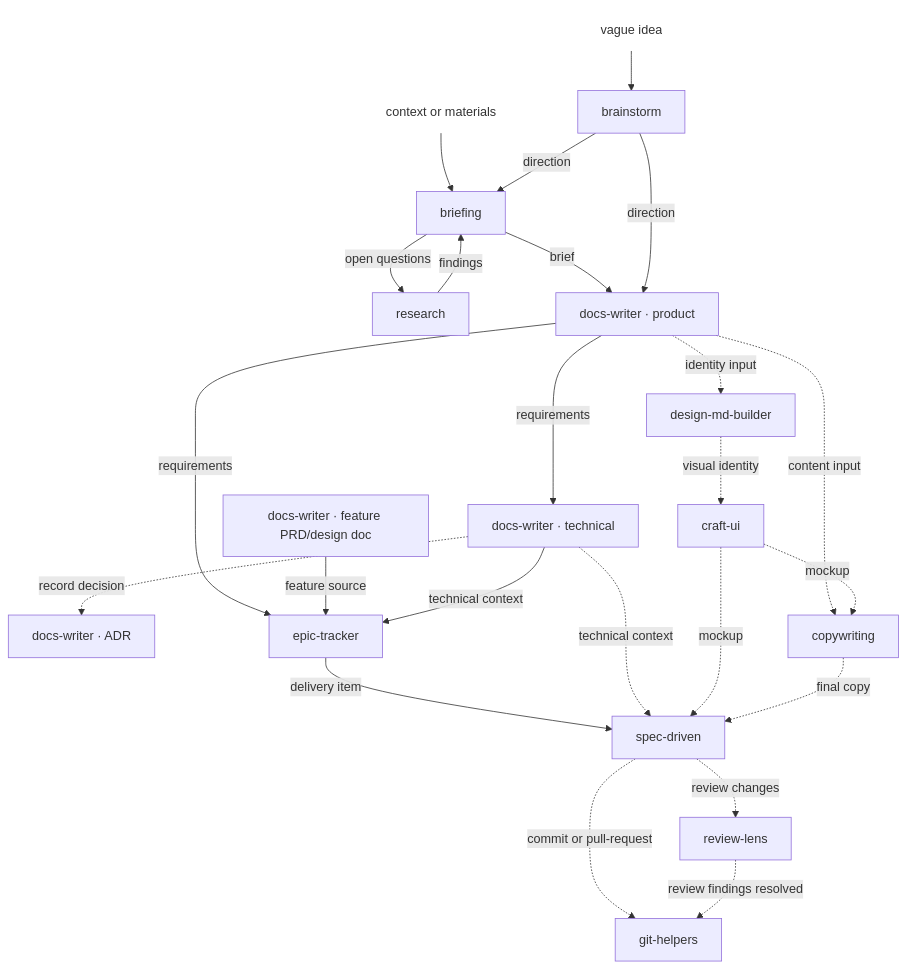
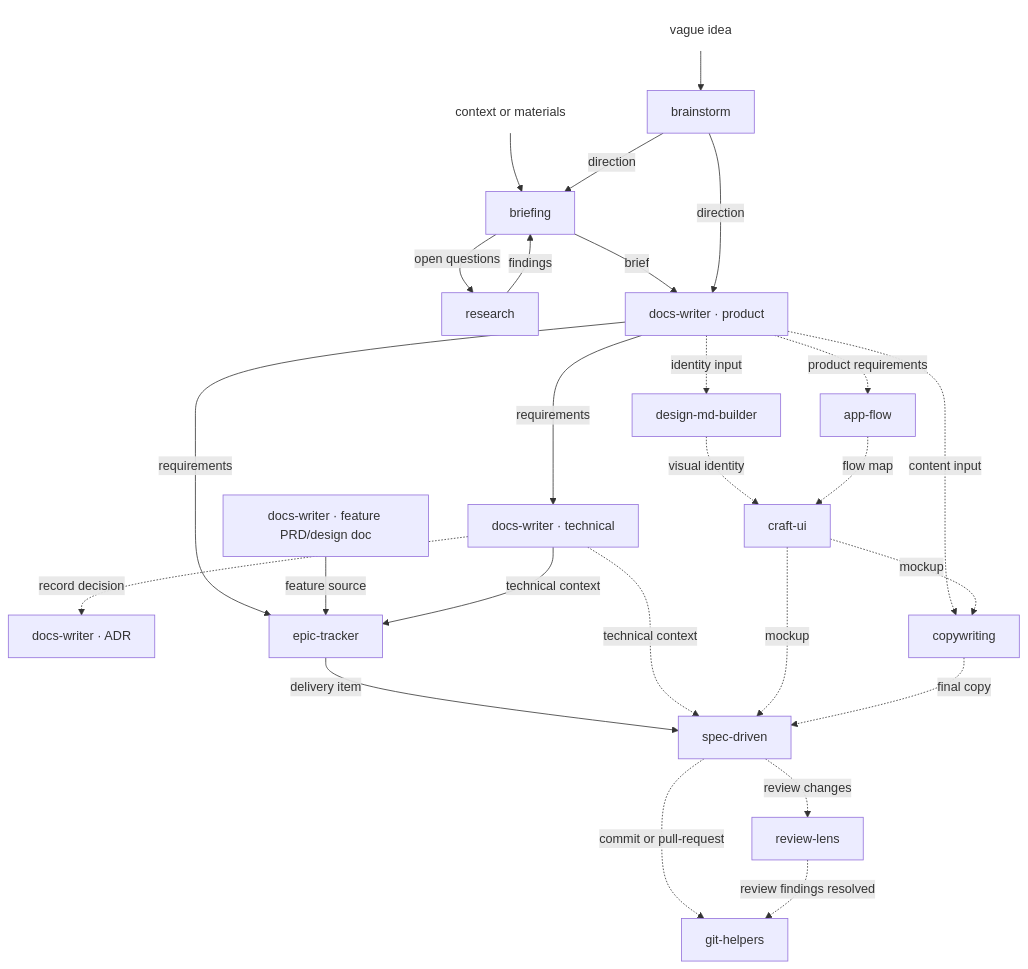
One commit to adeonir/agent-skills changed the diagram in README.md. Above: the diagram before and after it, drawn with Mermaid. The commit also changed other lines of this file and 9 other files, not shown here.

Commit message:
feat(app-flow): plan, audit, and refine app flows as one flow per task

````diff
--- a/README.md
+++ b/README.md
@@ -74,30 +75,32 @@
 ```mermaid
 flowchart TD
     CTX["context or materials"]:::plain --> BF[briefing]
     IDEA["vague idea"]:::plain --> BR[brainstorm]
     BR -->|direction| BF
     BF -->|open questions| RS[research]
     RS -->|findings| BF
     BF -->|brief| DW_P[docs-writer · product]
     BR -->|direction| DW_P
     DW_P -->|requirements| DW_T[docs-writer · technical]
     DW_T -.->|record decision| DW_A[docs-writer · ADR]
     DW_P -->|requirements| ET[epic-tracker]
     DW_F[docs-writer · feature PRD/design doc] -->|feature source| ET
     DW_T -->|technical context| ET
 
     DW_P -.->|identity input| SB[design-md-builder]
     SB -.->|visual identity| CU[craft-ui]
+    DW_P -.->|product requirements| AF[app-flow]
+    AF -.->|flow map| CU
     DW_P -.->|content input| CW[copywriting]
     CU -.->|mockup| CW
 
     ET -->|delivery item| SD[spec-driven]
     DW_T -.->|technical context| SD
     CU -.->|mockup| SD
     CW -.->|final copy| SD
 
     SD -.->|review changes| RL[review-lens]
     SD -.->|commit or pull-request| GH[git-helpers]
     RL -.->|review findings resolved| GH
     classDef plain fill:transparent,stroke:transparent
 ```
````
